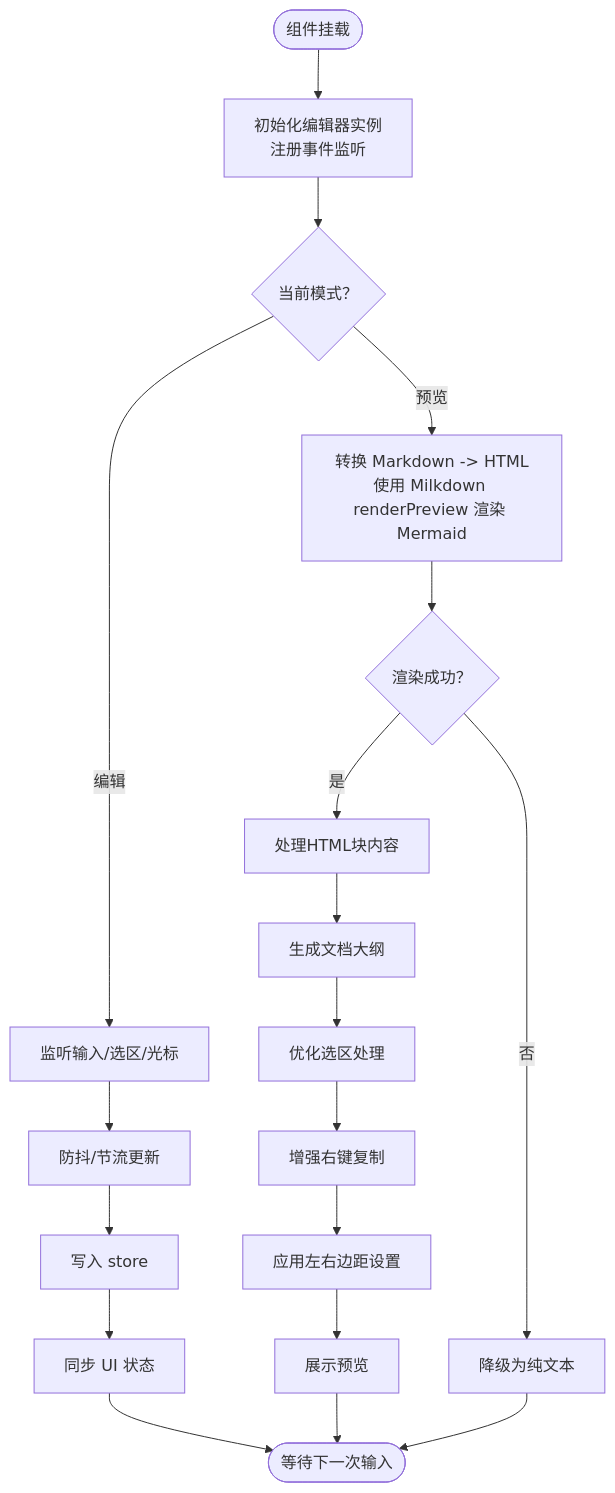
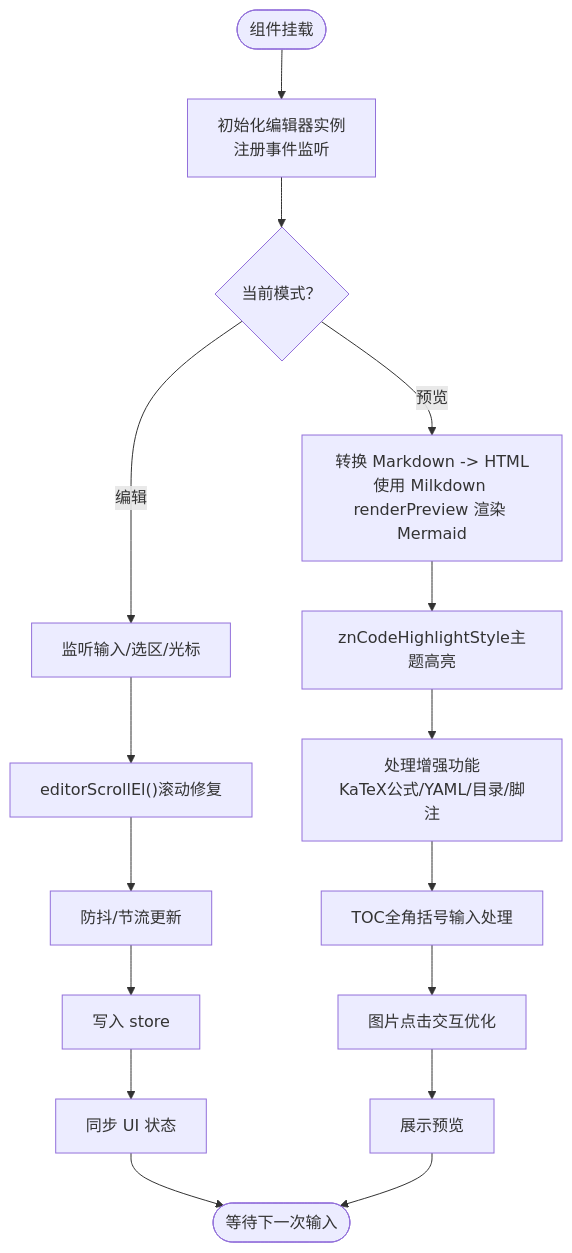
One commit to gongshiyun/ZenNote changed the third of 7 diagrams in .qoder/repowiki/zh/content/核心组件/编辑器组件.md. Above: the diagram before and after it, drawn with Mermaid. The commit also changed other lines of this file and 88 other files, not shown here.

````diff
--- a/.qoder/repowiki/zh/content/核心组件/编辑器组件.md
+++ b/.qoder/repowiki/zh/content/核心组件/编辑器组件.md
@@ -216,21 +194,18 @@
 ```mermaid
 flowchart TD
 Start(["组件挂载"]) --> Init["初始化编辑器实例<br/>注册事件监听"]
 Init --> Mode{"当前模式？"}
 Mode --> |编辑| EditFlow["监听输入/选区/光标"]
 Mode --> |预览| PreviewFlow["转换 Markdown -> HTML<br/>使用 Milkdown renderPreview 渲染 Mermaid"]
-EditFlow --> Debounce["防抖/节流更新"]
+EditFlow --> ScrollFix["editorScrollEl()滚动修复"]
+ScrollFix --> Debounce["防抖/节流更新"]
 Debounce --> UpdateStore["写入 store"]
-PreviewFlow --> RenderOK{"渲染成功？"}
-RenderOK --> |是| ProcessHTML["处理HTML块内容"]
-RenderOK --> |否| Fallback["降级为纯文本"]
-ProcessHTML --> GenerateOutline["生成文档大纲"]
-GenerateOutline --> OptimizeSelection["优化选区处理"]
-OptimizeSelection --> EnhanceCopy["增强右键复制"]
-EnhanceCopy --> ApplyMargin["应用左右边距设置"]
-ApplyMargin --> ShowPreview["展示预览"]
+PreviewFlow --> ThemeHighlight["znCodeHighlightStyle主题高亮"]
+ThemeHighlight --> ProcessFeatures["处理增强功能<br/>KaTeX公式/YAML/目录/脚注"]
+ProcessFeatures --> TocInput["TOC全角括号输入处理"]
+TocInput --> ImgInteract["图片点击交互优化"]
+ImgInteract --> ShowPreview["展示预览"]
 UpdateStore --> SyncUI["同步 UI 状态"]
 SyncUI --> End(["等待下一次输入"])
 ShowPreview --> End
-Fallback --> End
 ```
````
